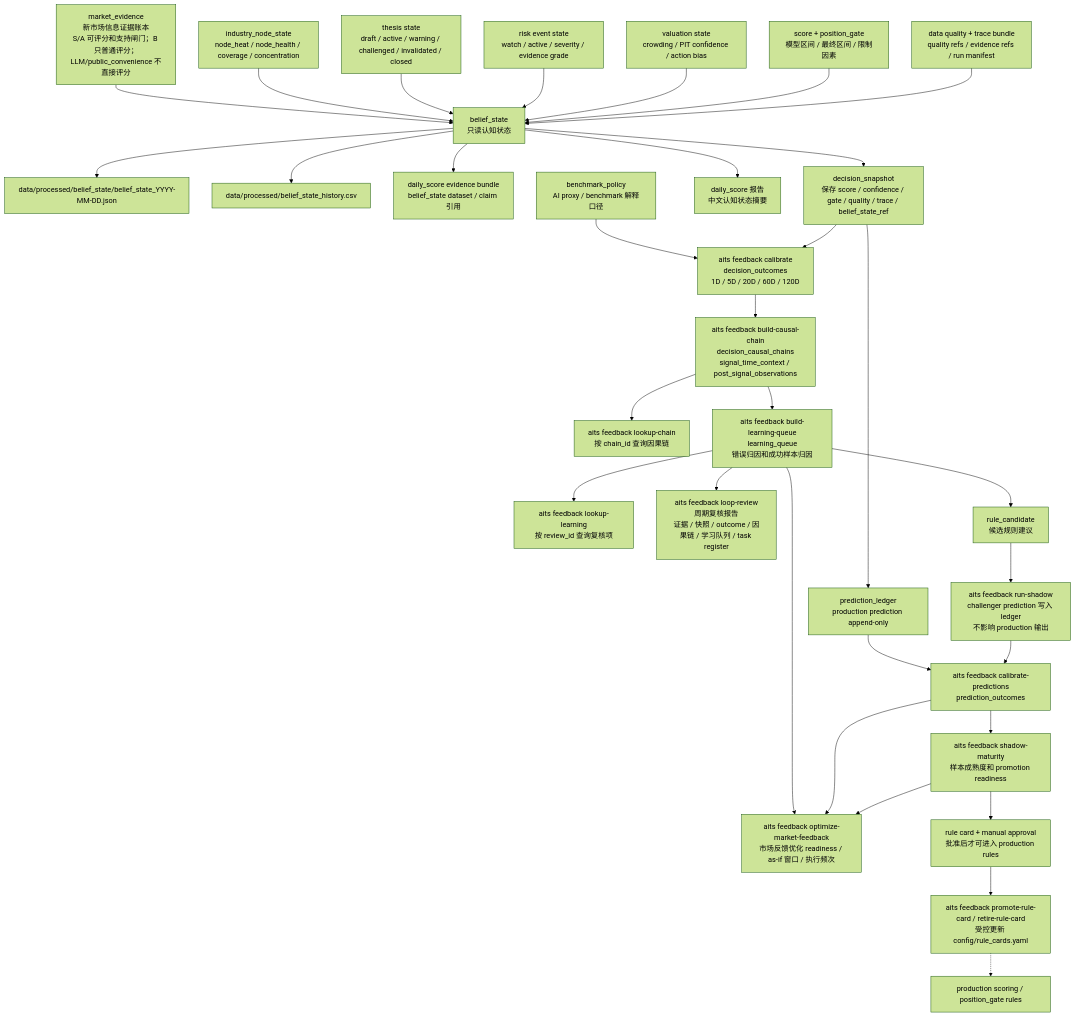
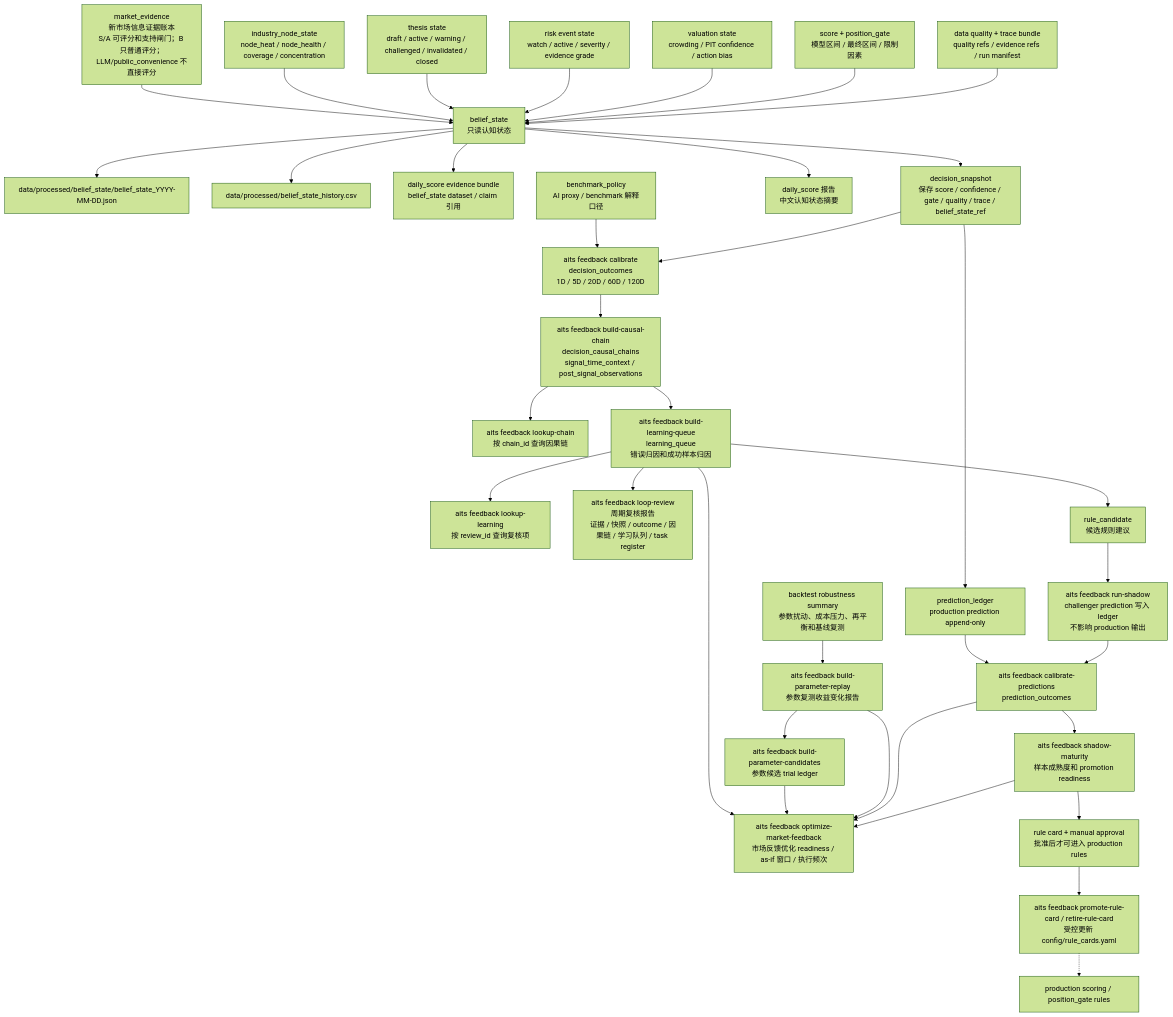
Before and after one commit to AI-Trading-Collaboration/AITradingSystem: the fifth of 6 diagrams in docs/system_flow.md, drawn with Mermaid (forest theme). The commit also changed other lines of this file and 14 other files, not shown here.

Commit message:
Implement parameter replay backtest loop

````diff
--- a/docs/system_flow.md
+++ b/docs/system_flow.md
@@ -1038,37 +1043,41 @@
 ```mermaid
 flowchart TD
     E0["market_evidence<br/>新市场信息证据账本<br/>S/A 可评分和支持闸门；B 只普通评分；LLM/public_convenience 不直接评分"] --> B0["belief_state<br/>只读认知状态"]
     C0["industry_node_state<br/>node_heat / node_health / coverage / concentration"] --> B0
     T0["thesis state<br/>draft / active / warning / challenged / invalidated / closed"] --> B0
     R0["risk event state<br/>watch / active / severity / evidence grade"] --> B0
     V0["valuation state<br/>crowding / PIT confidence / action bias"] --> B0
     S0["score + position_gate<br/>模型区间 / 最终区间 / 限制因素"] --> B0
     Q0["data quality + trace bundle<br/>quality refs / evidence refs / run manifest"] --> B0
 
     B0 --> B1["data/processed/belief_state/belief_state_YYYY-MM-DD.json"]
     B0 --> B2["data/processed/belief_state_history.csv"]
     B0 --> B3["daily_score evidence bundle<br/>belief_state dataset / claim 引用"]
     B0 --> D0["decision_snapshot<br/>保存 score / confidence / gate / quality / trace / belief_state_ref"]
     D0 --> PL0["prediction_ledger<br/>production prediction append-only"]
     B0 --> RPT["daily_score 报告<br/>中文认知状态摘要"]
 
     BPX["benchmark_policy<br/>AI proxy / benchmark 解释口径"] --> O0
     D0 --> O0["aits feedback calibrate<br/>decision_outcomes<br/>1D / 5D / 20D / 60D / 120D"]
     PL0 --> PO0["aits feedback calibrate-predictions<br/>prediction_outcomes"]
     O0 --> CA0["aits feedback build-causal-chain<br/>decision_causal_chains<br/>signal_time_context / post_signal_observations"]
     CA0 --> CAQ["aits feedback lookup-chain<br/>按 chain_id 查询因果链"]
     CA0 --> L0["aits feedback build-learning-queue<br/>learning_queue<br/>错误归因和成功样本归因"]
     L0 --> LQ["aits feedback lookup-learning<br/>按 review_id 查询复核项"]
     L0 --> LR0["aits feedback loop-review<br/>周期复核报告<br/>证据 / 快照 / outcome / 因果链 / 学习队列 / task register"]
     L0 --> MFO0["aits feedback optimize-market-feedback<br/>市场反馈优化 readiness / as-if 窗口 / 执行频次"]
+    BR0["backtest robustness summary<br/>参数扰动、成本压力、再平衡和基线复测"] --> PR0["aits feedback build-parameter-replay<br/>参数复测收益变化报告"]
+    PR0 --> PC0["aits feedback build-parameter-candidates<br/>参数候选 trial ledger"]
+    PC0 --> MFO0
+    PR0 --> MFO0
     L0 --> RC0["rule_candidate<br/>候选规则建议"]
     RC0 --> SH0["aits feedback run-shadow<br/>challenger prediction 写入 ledger<br/>不影响 production 输出"]
     SH0 --> PO0
     PO0 --> SM0["aits feedback shadow-maturity<br/>样本成熟度和 promotion readiness"]
     PO0 --> MFO0
     SM0 --> MFO0
     SM0 --> GOV0["rule card + manual approval<br/>批准后才可进入 production rules"]
     GOV0 --> GOV1["aits feedback promote-rule-card / retire-rule-card<br/>受控更新 config/rule_cards.yaml"]
 
     GOV1 -.-> PROD0["production scoring / position_gate rules"]
 ```
````
